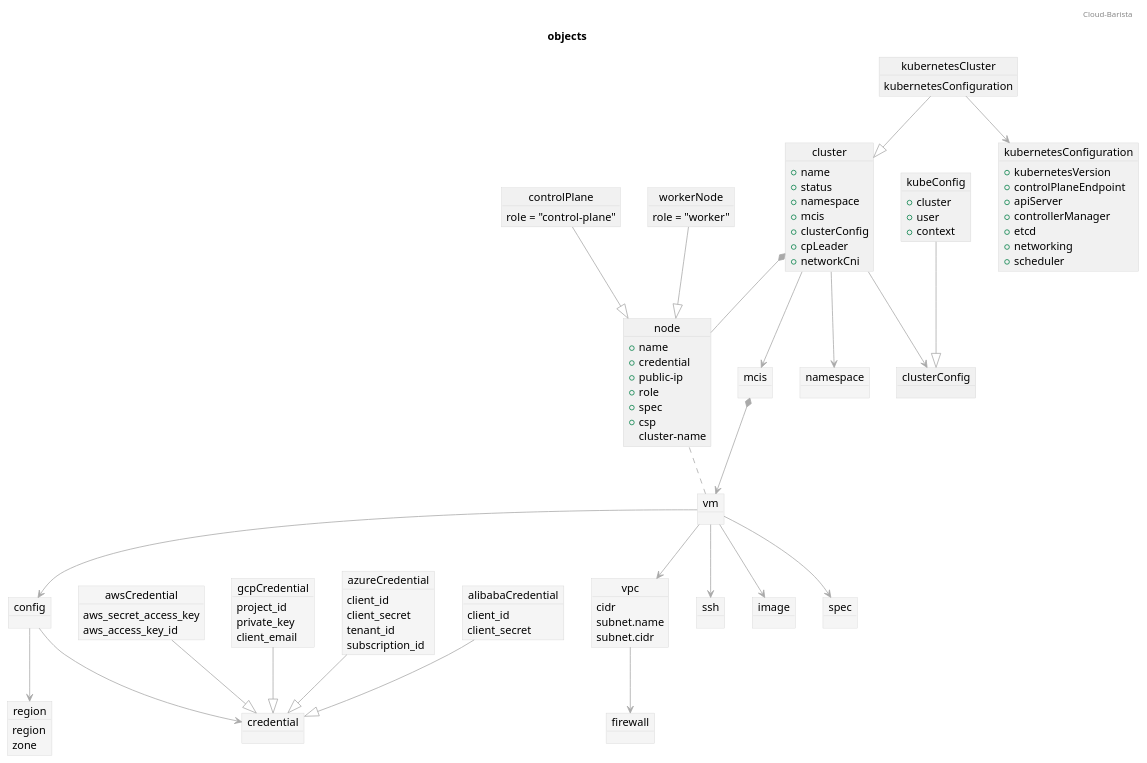
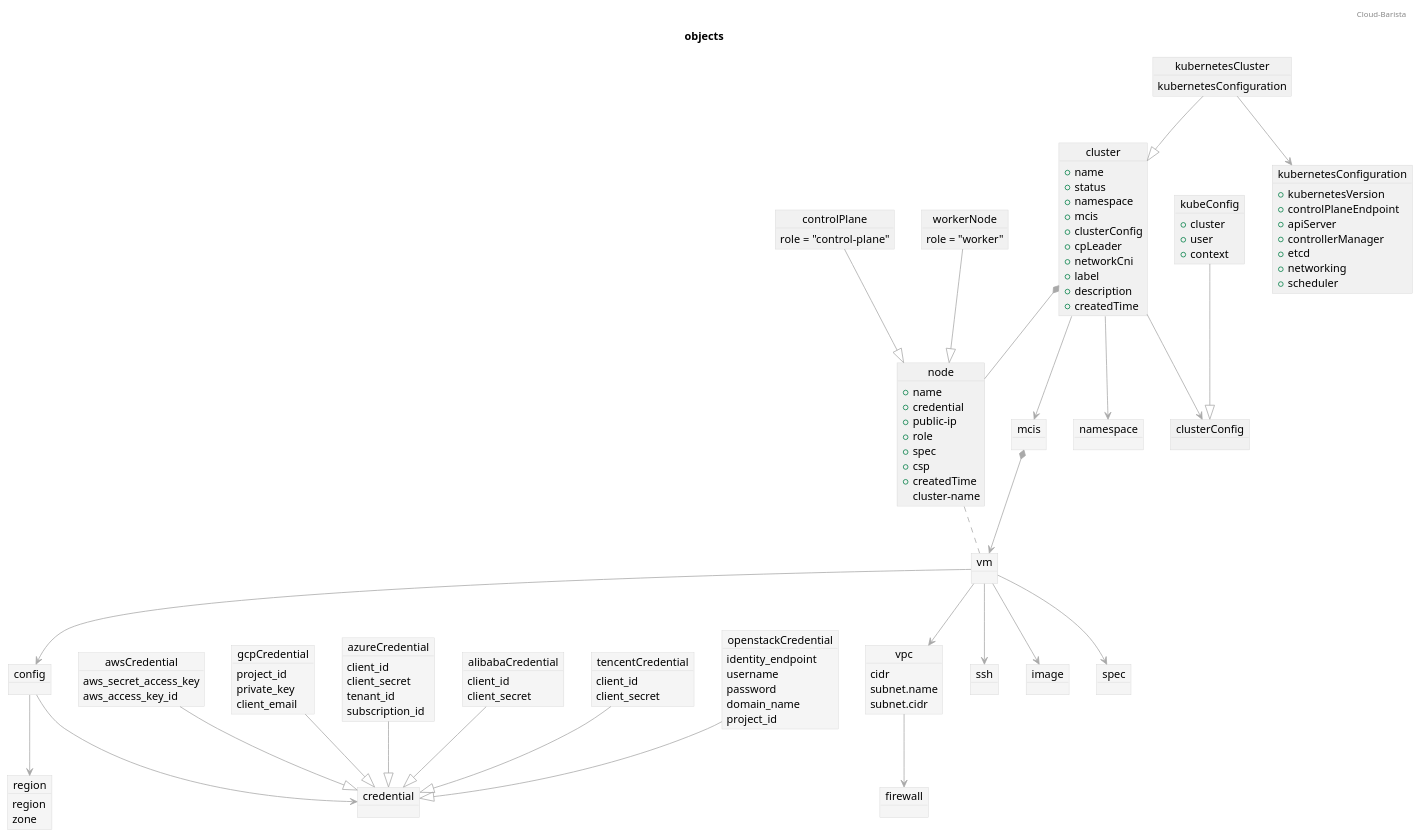
Before and after one commit to cloud-barista/cb-ladybug: the diagram in docs/design/objects.puml, drawn with PlantUML. The commit also changed 13 other files, not shown here.

Commit message:
feat: add parameter and entity (label, description, createdTime) for cluster, node (#99)

```diff
--- a/docs/design/objects.puml
+++ b/docs/design/objects.puml
@@ -1,159 +1,176 @@
 @startuml
 
 header Cloud-Barista
 title objects
 skinparam object {
 	' backgroundColor	GreenYellow
 	ArrowColor		DarkGray
 	BorderColor		LightGray
 }
 
 ' # spider ----------------
 object region #WhiteSmoke {
 	region
 	zone
 }
 object credential #WhiteSmoke {
 }
 object awsCredential #WhiteSmoke {
 	aws_secret_access_key
 	aws_access_key_id
 }
 object gcpCredential #WhiteSmoke {
 	project_id
 	private_key
 	client_email
 }
 object azureCredential #WhiteSmoke {
 	client_id
 	client_secret
 	tenant_id	
 	subscription_id
 }
 object alibabaCredential #WhiteSmoke {
 	client_id
 	client_secret
 }
+object tencentCredential #WhiteSmoke {
+	client_id
+	client_secret
+}
+object openstackCredential #WhiteSmoke {
+	identity_endpoint
+	username
+	password
+	domain_name
+	project_id
+}
 
 object config #WhiteSmoke {
 }
 object vm #WhiteSmoke {
 }
 ' }
 awsCredential	--|>	credential
 gcpCredential	--|>	credential
 azureCredential	--|>	credential
 alibabaCredential	--|>	credential
+tencentCredential	--|>	credential
+openstackCredential	--|>	credential
 config			-->		credential
 config			-->		region
 
 ' # tumblebug ----------------
 object namespace #WhiteSmoke {
 }
 object vpc #WhiteSmoke {
 	cidr
 	subnet.name
 	subnet.cidr
 }
 object firewall #WhiteSmoke {
 }
 object ssh #WhiteSmoke {
 }
 object image #WhiteSmoke {
 }
 object spec #WhiteSmoke {
 }
 object mcis #WhiteSmoke {
 }
 
 vpc		-->		firewall
 vm		-->		vpc
 vm		-->		config
 vm		-->		ssh
 vm		-->		image
 vm		-->		spec
 mcis	*-->	vm
 
 
 ' # mcks ----------------
 object cluster {
 	+name
 	+status
 	+namespace
 	+mcis
 	+clusterConfig
 	+cpLeader
 	+networkCni
+	+label
+	+description
+	+createdTime
 }
 object kubernetesCluster {
 	kubernetesConfiguration
 }
 
 object kubernetesConfiguration {
 	+kubernetesVersion
 	+controlPlaneEndpoint
 	+apiServer
 	+controllerManager
 	+etcd
 	+networking
 	+scheduler
 }
 object node  {
 	+name
 	+credential
 	+public-ip
 	+role
 	+spec
 	+csp
+	+createdTime
 	cluster-name
 }
 object controlPlane  {
 	role = "control-plane"
 }
 object workerNode  {
 	role = "worker"
 }
 
 controlPlane	--|>	node
 workerNode		--|>	node
 
 
 object clusterConfig  {
 }
 
 object kubeConfig  {
 	+cluster
 	+user
 	+context
 }
 
 cluster		-->	 	namespace
 cluster		*--		node
 cluster		-->		mcis
 cluster		-->		clusterConfig
 
 kubernetesCluster	--|>	cluster
 kubernetesCluster	-->		kubernetesConfiguration
 node				..		vm
 
 kubeConfig		--|>	clusterConfig
 
 
 '' # mcks controller ----------------
 'object clusterDeployment #GreenYellow {
 '	+namespace
 '	+mcis
 '	+controlPlaneCount
 '	+wokrerCount
 '}
 'object nodeSet #GreenYellow {
 '	+replicas
 '}
 
 
 'clusterDeployment	-->		cluster
 'clusterDeployment	..>		mcis
 'nodeSet				*-->	node
 'nodeSet				..		clusterDeployment
 
 @enduml
```
